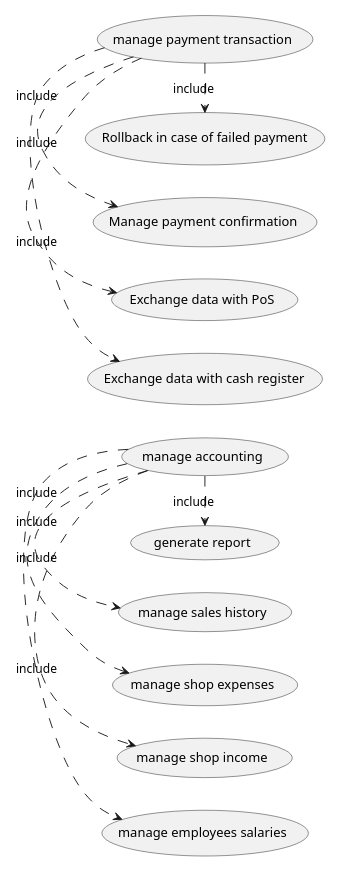
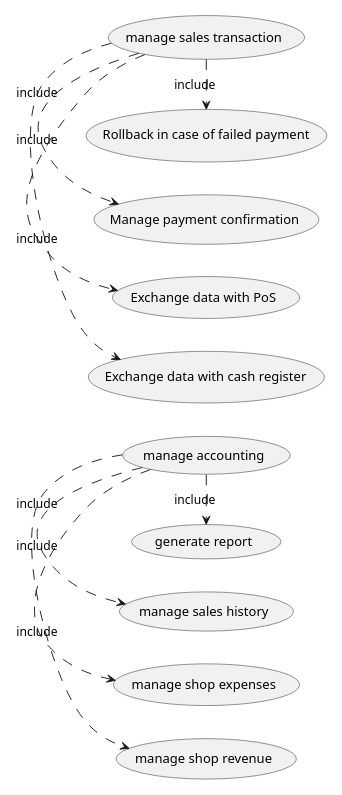
One commit to djemar/softeng_ezshop changed the fourth of 6 diagrams in Deliverables/RequirementsDocument.md. Above: the diagram before and after it, drawn with PlantUML. The commit also changed other lines of this file, not shown here.

````diff
--- a/Deliverables/RequirementsDocument.md
+++ b/Deliverables/RequirementsDocument.md
@@ -244,14 +247,13 @@
 ```plantuml
 left to right direction
 scale 225 width
-(manage accounting) .> (manage employees salaries) : include
-(manage accounting) .> (manage shop income) : include
+(manage accounting) .> (manage shop revenue) : include
 (manage accounting) .> (manage shop expenses) : include
 (manage accounting) .> (manage sales history) : include
 (manage accounting) .> (generate report) : include
-(manage payment transaction) .> (Exchange data with cash register) : include
-(manage payment transaction) .> (Exchange data with PoS) : include
-(manage payment transaction) .> (Manage payment confirmation) : include
-(manage payment transaction) .> (Rollback in case of failed payment) : include
+(manage sales transaction) .> (Exchange data with cash register) : include
+(manage sales transaction) .> (Exchange data with PoS) : include
+(manage sales transaction) .> (Manage payment confirmation) : include
+(manage sales transaction) .> (Rollback in case of failed payment) : include
 
 ```
````
